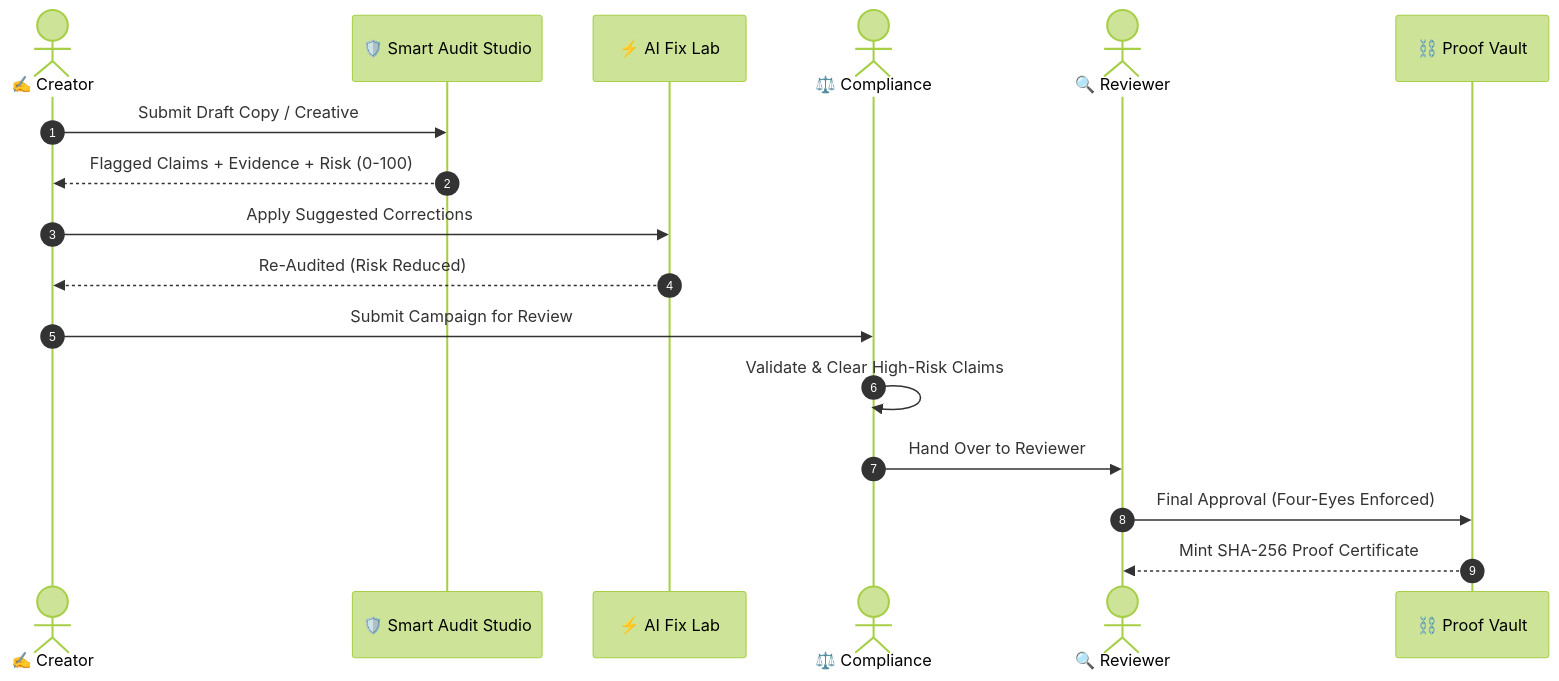
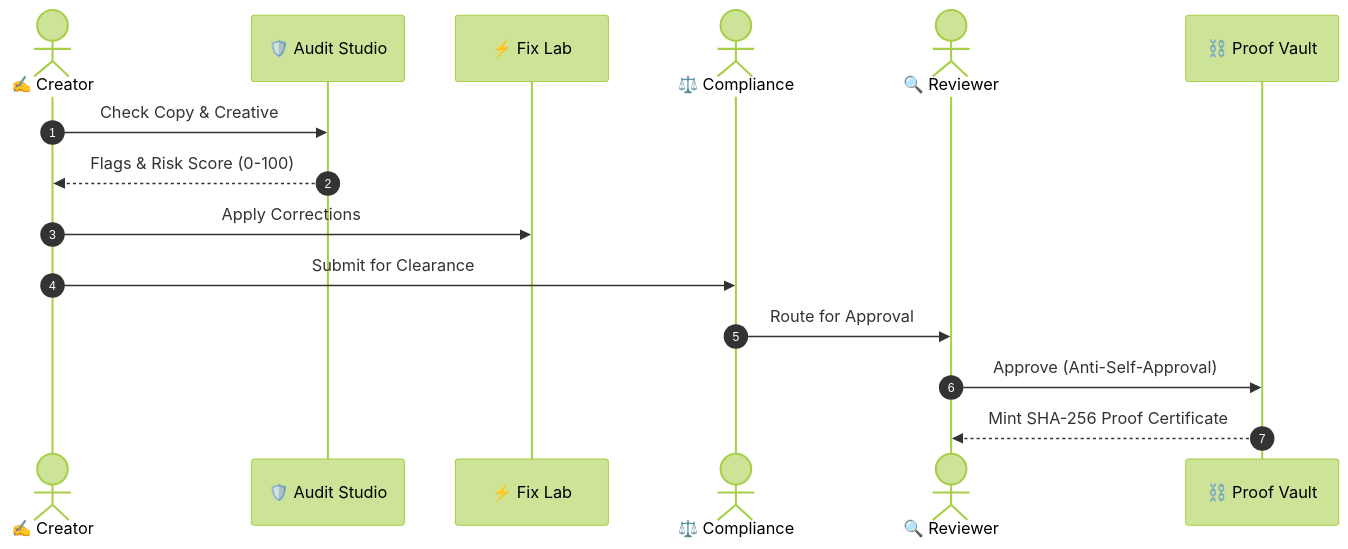
Before and after one commit to mahik2007/BrandProof-AI: the fourth of 5 diagrams in README.md, drawn with Mermaid (forest theme). The commit also changed other lines of this file and 2 other files, not shown here.

````diff
--- a/README.md
+++ b/README.md
@@ -67,20 +82,18 @@
 ```mermaid
 sequenceDiagram
     autonumber
     actor Creator as ✍️ Creator
-    participant Audit as 🛡️ Smart Audit Studio
-    participant Fix as ⚡ AI Fix Lab
+    participant Audit as 🛡️ Audit Studio
+    participant Fix as ⚡ Fix Lab
     actor Compliance as ⚖️ Compliance
     actor Reviewer as 🔍 Reviewer
     participant Vault as ⛓️ Proof Vault
 
-    Creator->>Audit: Submit Draft Copy / Creative
-    Audit-->>Creator: Flagged Claims + Evidence + Risk (0-100)
-    Creator->>Fix: Apply Suggested Corrections
-    Fix-->>Creator: Re-Audited (Risk Reduced)
-    Creator->>Compliance: Submit Campaign for Review
-    Compliance->>Compliance: Validate & Clear High-Risk Claims
-    Compliance->>Reviewer: Hand Over to Reviewer
-    Reviewer->>Vault: Final Approval (Four-Eyes Enforced)
+    Creator->>Audit: Check Copy & Creative
+    Audit-->>Creator: Flags & Risk Score (0-100)
+    Creator->>Fix: Apply Corrections
+    Creator->>Compliance: Submit for Clearance
+    Compliance->>Reviewer: Route for Approval
+    Reviewer->>Vault: Approve (Anti-Self-Approval)
     Vault-->>Reviewer: Mint SHA-256 Proof Certificate
 ```
````
